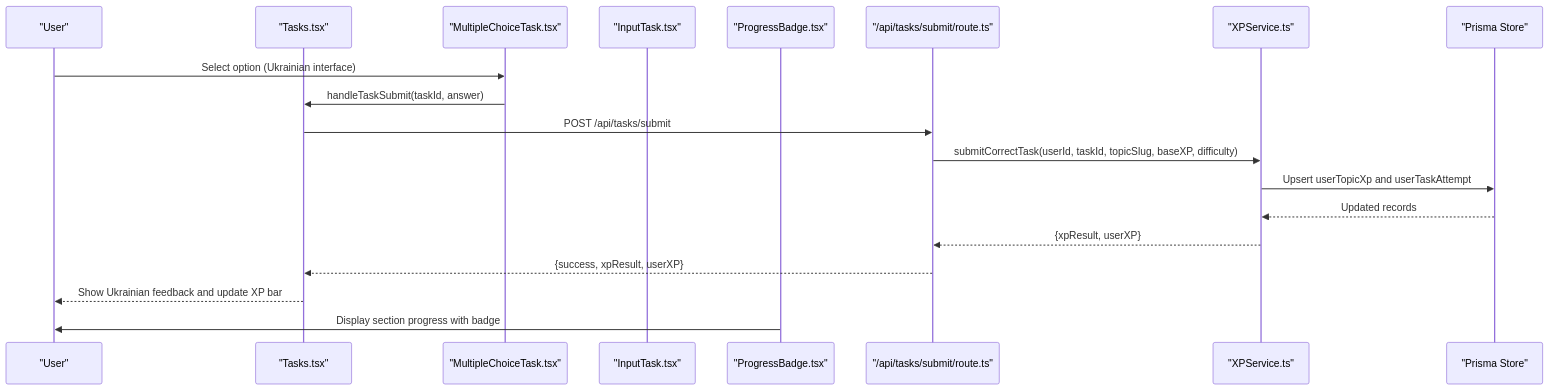
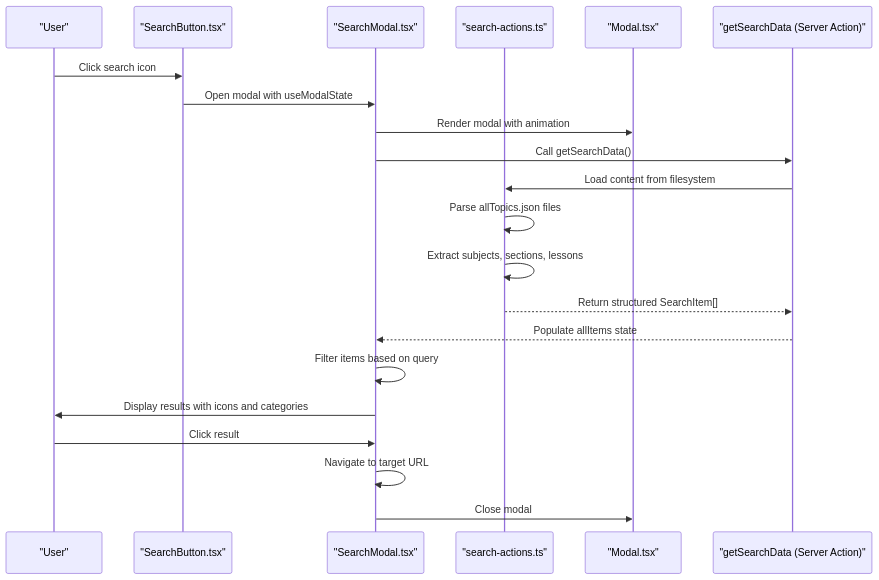
One commit to AlexKutz/math-app-next-js changed the second of 12 diagrams in .qoder/repowiki/en/content/Core Features/Learning Interface/Learning Interface.md. Above: the diagram before and after it, drawn with Mermaid. The commit also changed other lines of this file and 125 other files, not shown here.

````diff
--- a/.qoder/repowiki/en/content/Core Features/Learning Interface/Learning Interface.md
+++ b/.qoder/repowiki/en/content/Core Features/Learning Interface/Learning Interface.md
@@ -174,21 +228,23 @@
 ```mermaid
 sequenceDiagram
 participant U as "User"
-participant UI as "Tasks.tsx"
-participant MC as "MultipleChoiceTask.tsx"
-participant IT as "InputTask.tsx"
-participant PB as "ProgressBadge.tsx"
-participant API as "/api/tasks/submit/route.ts"
-participant SVC as "XPService.ts"
-participant DB as "Prisma Store"
-U->>MC : Select option (Ukrainian interface)
-MC->>UI : handleTaskSubmit(taskId, answer)
-UI->>API : POST /api/tasks/submit
-API->>SVC : submitCorrectTask(userId, taskId, topicSlug, baseXP, difficulty)
-SVC->>DB : Upsert userTopicXp and userTaskAttempt
-DB-->>SVC : Updated records
-SVC-->>API : {xpResult, userXP}
-API-->>UI : {success, xpResult, userXP}
-UI-->>U : Show Ukrainian feedback and update XP bar
-PB->>U : Display section progress with badge
+participant SB as "SearchButton.tsx"
+participant SM as "SearchModal.tsx"
+participant SA as "search-actions.ts"
+participant MODAL as "Modal.tsx"
+participant API as "getSearchData (Server Action)"
+U->>SB : Click search icon
+SB->>SM : Open modal with useModalState
+SM->>MODAL : Render modal with animation
+SM->>API : Call getSearchData()
+API->>SA : Load content from filesystem
+SA->>SA : Parse allTopics.json files
+SA->>SA : Extract subjects, sections, lessons
+SA-->>API : Return structured SearchItem[]
+API-->>SM : Populate allItems state
+SM->>SM : Filter items based on query
+SM->>U : Display results with icons and categories
+U->>SM : Click result
+SM->>SM : Navigate to target URL
+SM->>MODAL : Close modal
 ```
````
